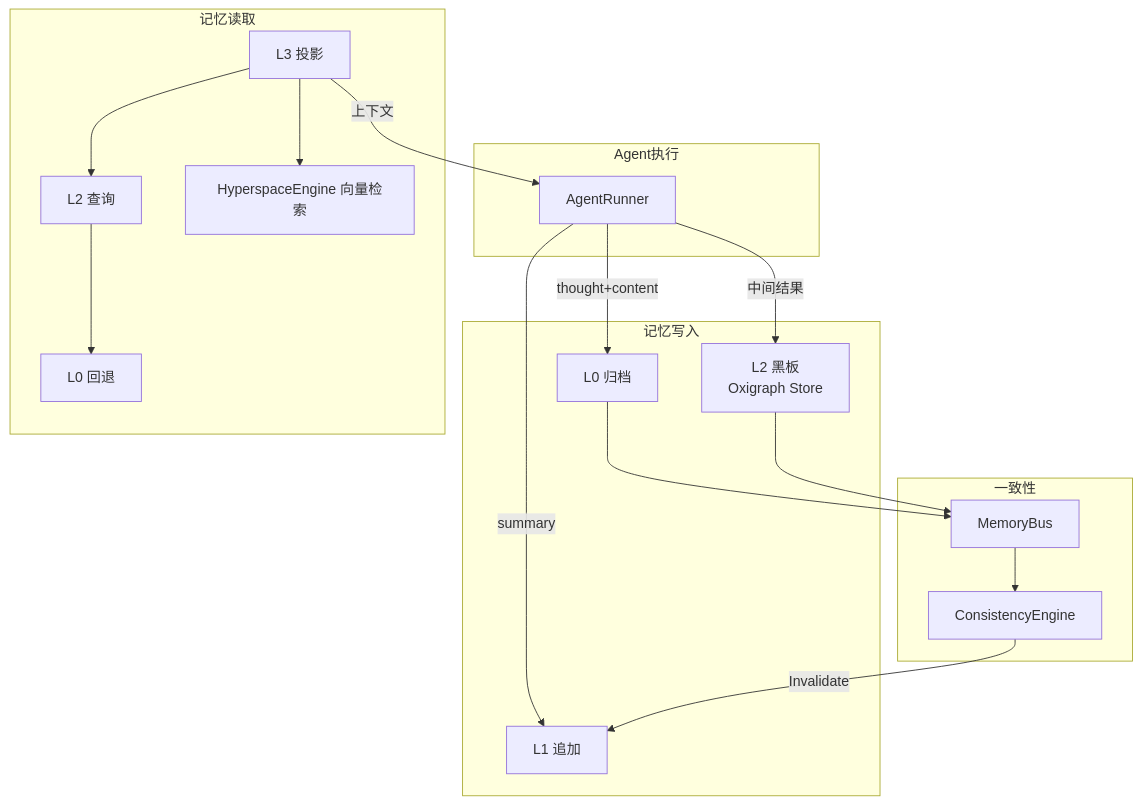
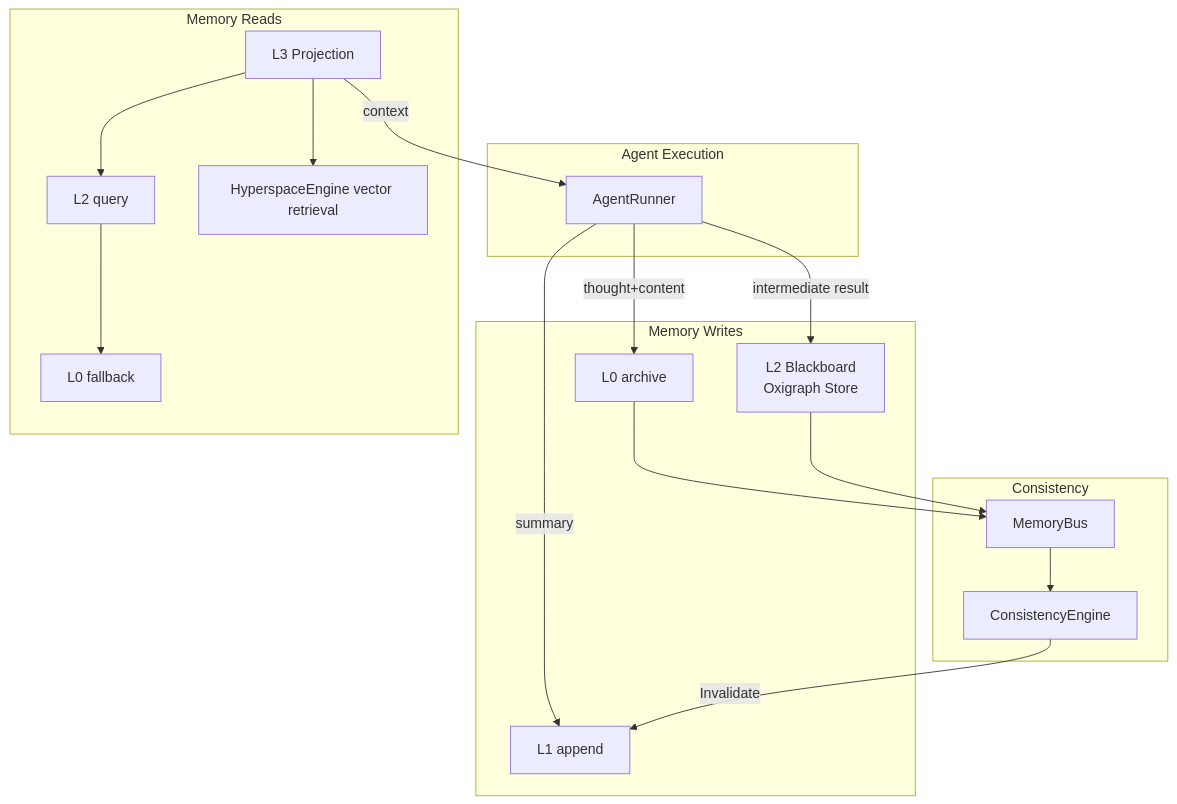
The sixth of 6 diagrams in docs/03-memory-system.md (skaiy/wild_agentos), drawn with Mermaid before and after one commit. The commit also changed other lines of this file and 23 other files, not shown here.

````diff
--- a/docs/03-memory-system.md
+++ b/docs/03-memory-system.md
@@ -561,28 +470,25 @@
 ```mermaid
 flowchart TB
-    subgraph Agent执行
+    subgraph Agent Execution
         AR[AgentRunner]
     end
-
-    subgraph 记忆写入
-        AR -->|thought+content| L0_W["L0 归档"]
-        AR -->|summary| L1_W["L1 追加"]
-        AR -->|中间结果| L2_W["L2 黑板<br/>Oxigraph Store"]
+    subgraph Memory Writes
+        AR -->|thought+content| L0_W["L0 archive"]
+        AR -->|summary| L1_W["L1 append"]
+        AR -->|intermediate result| L2_W["L2 Blackboard<br/>Oxigraph Store"]
     end
-
-    subgraph 记忆读取
-        L3_R["L3 投影"] -->|上下文| AR
-        L3_R --> L2_R["L2 查询"]
-        L3_R --> HE_R["HyperspaceEngine 向量检索"]
-        L2_R --> L0_R["L0 回退"]
+    subgraph Memory Reads
+        L3_R["L3 Projection"] -->|context| AR
+        L3_R --> L2_R["L2 query"]
+        L3_R --> HE_R["HyperspaceEngine vector retrieval"]
+        L2_R --> L0_R["L0 fallback"]
     end
-
-    subgraph 一致性
-        MB["MemoryBus"]
-        CE["ConsistencyEngine"]
+    subgraph Consistency
+        MB[MemoryBus]
+        CE[ConsistencyEngine]
         L0_W --> MB
         L2_W --> MB
         MB --> CE
         CE -->|Invalidate| L1_W
     end
 ```
````
